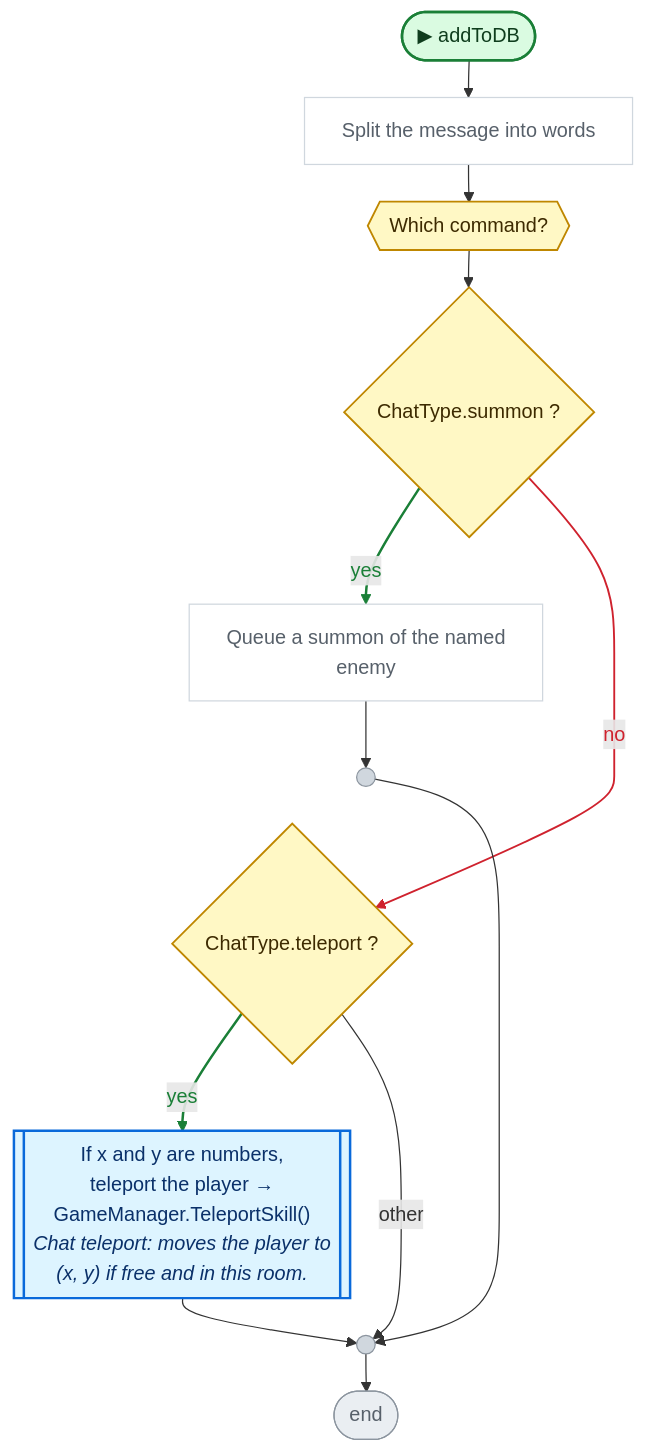
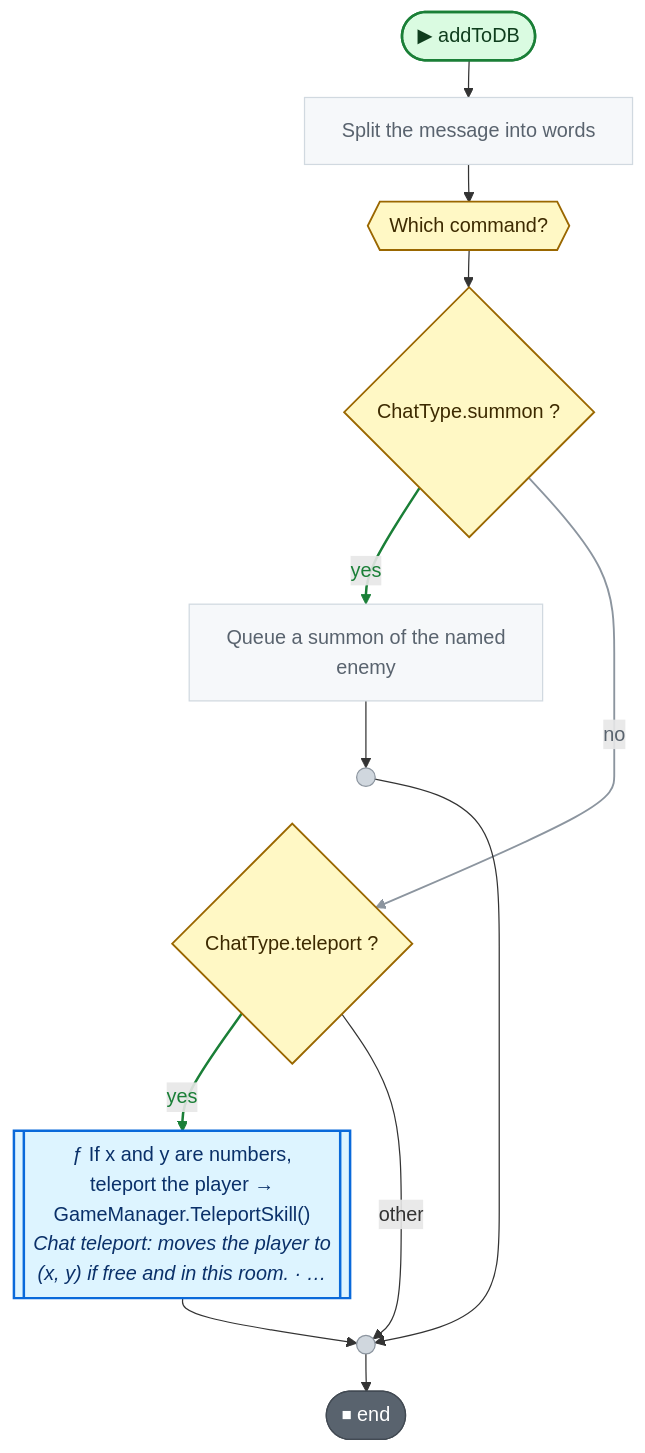
One commit to nataiai/Lord-of-the-Dungeon changed the third of 3 diagrams in CodeGraph~/graph/Connector/Chat.cs.md. Above: the diagram before and after it, drawn with Mermaid. The commit also changed other lines of this file and 57 other files, not shown here.

````diff
--- a/CodeGraph~/graph/Connector/Chat.cs.md
+++ b/CodeGraph~/graph/Connector/Chat.cs.md
@@ -105,55 +107,55 @@
 ```mermaid
 ---
 config:
   flowchart:
     wrappingWidth: 260
     nodeSpacing: 26
     rankSpacing: 30
 ---
 flowchart TD
   nS(["▶ addToDB"])
   n119429["Split the message into words"]
   na6f1b7{{"Which command?"}}
   n08d315{"ChatType.summon ?"}
   n9fa4bc["Queue a summon of the named<br>enemy"]
   n73e618((" "))
   nd764ab{"ChatType.teleport ?"}
-  n4ca3f6[["If x and y are numbers,<br>teleport the player →<br>GameManager.TeleportSkill()<br><i>Chat teleport: moves the player to</i><br><i>(x, y) if free and in this room.</i>"]]
+  n4ca3f6[["ƒ If x and y are numbers,<br>teleport the player →<br>GameManager.TeleportSkill()<br><i>Chat teleport: moves the player to</i><br><i>(x, y) if free and in this room. · …</i>"]]
   n14d573((" "))
-  nE(["end"])
+  nE(["⏹ end"])
   nS --> n119429
   n119429 --> na6f1b7
   na6f1b7 --> n08d315
   n08d315 -->|yes| n9fa4bc
   n9fa4bc --> n73e618
   n73e618 ~~~ nd764ab
   n08d315 -->|no| nd764ab
   nd764ab -->|yes| n4ca3f6
   n4ca3f6 --> n14d573
   n73e618 --> n14d573
   nd764ab -->|other| n14d573
   n14d573 --> nE
   linkStyle 3 stroke:#1a7f37,stroke-width:2px,color:#1a7f37
-  linkStyle 6 stroke:#cf222e,stroke-width:1.5px,color:#cf222e
+  linkStyle 6 stroke:#8c959f,stroke-width:1.5px,color:#59636e
   linkStyle 7 stroke:#1a7f37,stroke-width:2px,color:#1a7f37
   classDef unity fill:#dafbe1,stroke:#1a7f37,stroke-width:2px,color:#0f3d1d
   classDef start fill:#dafbe1,stroke:#1a7f37,stroke-width:2px,color:#0f3d1d
-  classDef calc fill:#ffffff,stroke:#d0d7de,color:#57606a
+  classDef calc fill:#f6f8fa,stroke:#d1d9e0,color:#59636e
   classDef calls fill:#ddf4ff,stroke:#0969da,stroke-width:2px,color:#0a3069
-  classDef ext fill:#ddf4ff,stroke:#0969da,stroke-width:2px,stroke-dasharray:5 3,color:#0a3069
-  classDef cond fill:#fff8c5,stroke:#bf8700,stroke-width:1.5px,color:#3d2a00
-  classDef loop fill:#f6f8fa,stroke:#57606a,color:#1f2328
-  classDef exit fill:#ffebe9,stroke:#cf222e,color:#82071e
+  classDef ext fill:#f6f8fa,stroke:#59636e,stroke-width:1.5px,stroke-dasharray:5 5,color:#1f2328
+  classDef cond fill:#fff8c5,stroke:#9a6700,stroke-width:1.5px,color:#3d2a00
+  classDef loop fill:#fff8c5,stroke:#9a6700,color:#3d2a00
+  classDef wait fill:#fff8c5,stroke:#9a6700,color:#3d2a00
+  classDef exit fill:#59636e,stroke:#424a53,color:#ffffff
+  classDef fin fill:#59636e,stroke:#424a53,color:#ffffff
+  classDef act fill:#ffffff,stroke:#59636e,stroke-width:1.5px,color:#1f2328
   classDef kill fill:#ffebe9,stroke:#cf222e,stroke-width:2px,color:#82071e
-  classDef spawn fill:#dafbe1,stroke:#1a7f37,stroke-width:2px,color:#0f3d1d
-  classDef wait fill:#fff1e5,stroke:#bc4c00,color:#4d1d00
-  classDef fin fill:#eaeef2,stroke:#8c959f,color:#57606a
   classDef join fill:#d0d7de,stroke:#8c959f,color:#57606a
   classDef ghdr fill:#f5f9ff,stroke:#f5f9ff,color:#0a3069,font-weight:bold
   class n119429,n9fa4bc calc
   class n4ca3f6 calls
   class na6f1b7,n08d315,nd764ab cond
   class nE fin
   class n73e618,n14d573 join
   class nS start
 ```
````
